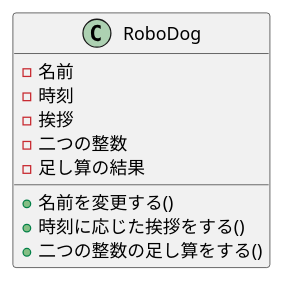
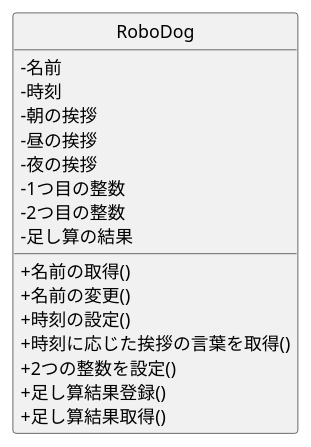
The diagram in 06_robo_dog/class.pu (takesue0630/practice_uml), drawn with PlantUML before and after one commit. The commit also changed 30 other files, not shown here.

```diff
--- a/06_robo_dog/class.pu
+++ b/06_robo_dog/class.pu
@@ -1,14 +1,24 @@
-@startuml クラス図
+@startuml Robodogクラス図
+skinparam classAttributeIconSize 0
+hide circle
 
 class RoboDog {
  -名前
  -時刻
- -挨拶
- -二つの整数
+ -朝の挨拶
+ -昼の挨拶
+ -夜の挨拶
+ -1つ目の整数
+ -2つ目の整数
  -足し算の結果
- +名前を変更する()
- +時刻に応じた挨拶をする()
- +二つの整数の足し算をする()
+
+ +名前の取得()
+ +名前の変更()
+ +時刻の設定()
+ +時刻に応じた挨拶の言葉を取得()
+ +2つの整数を設定()
+ +足し算結果登録()
+ +足し算結果取得()
 }
 
 @enduml
```
